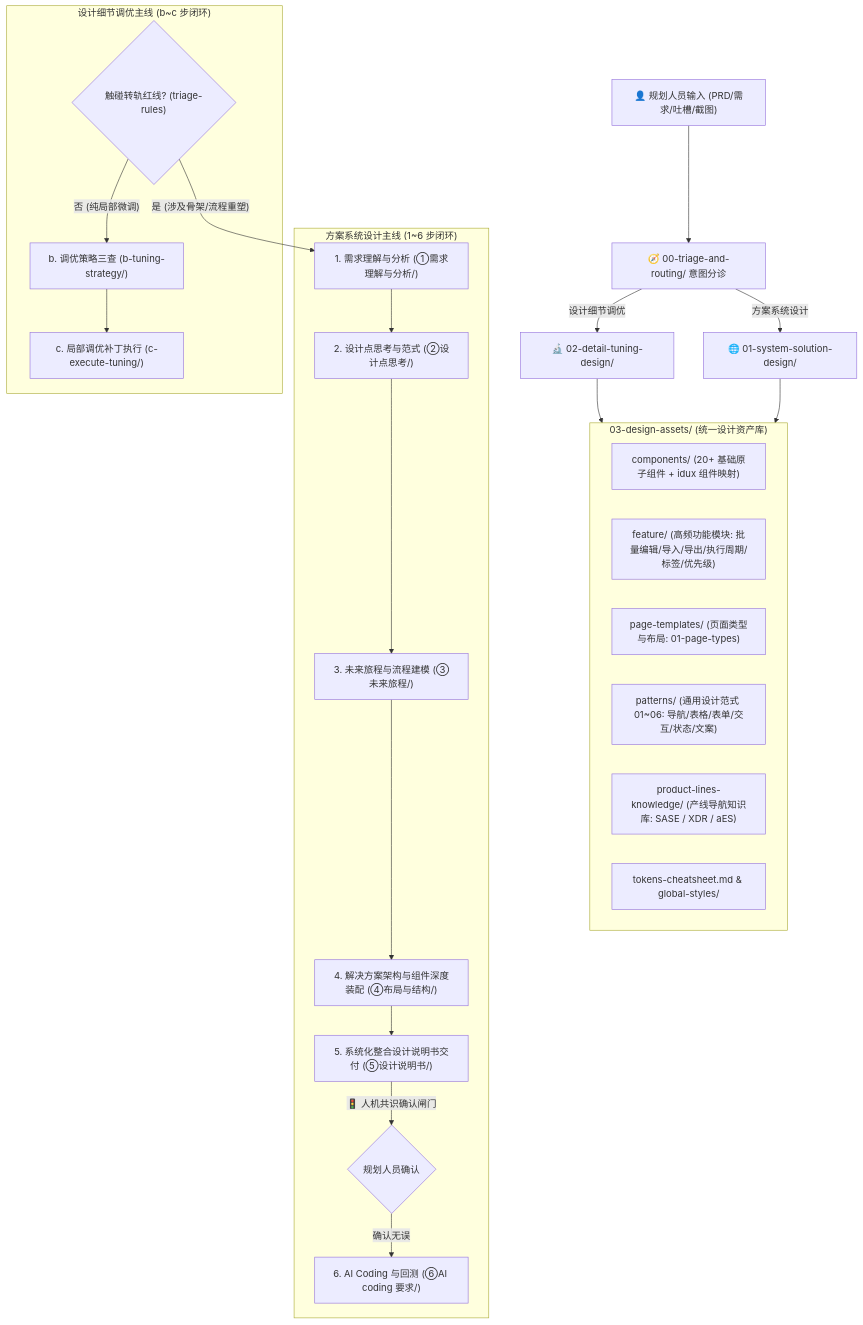
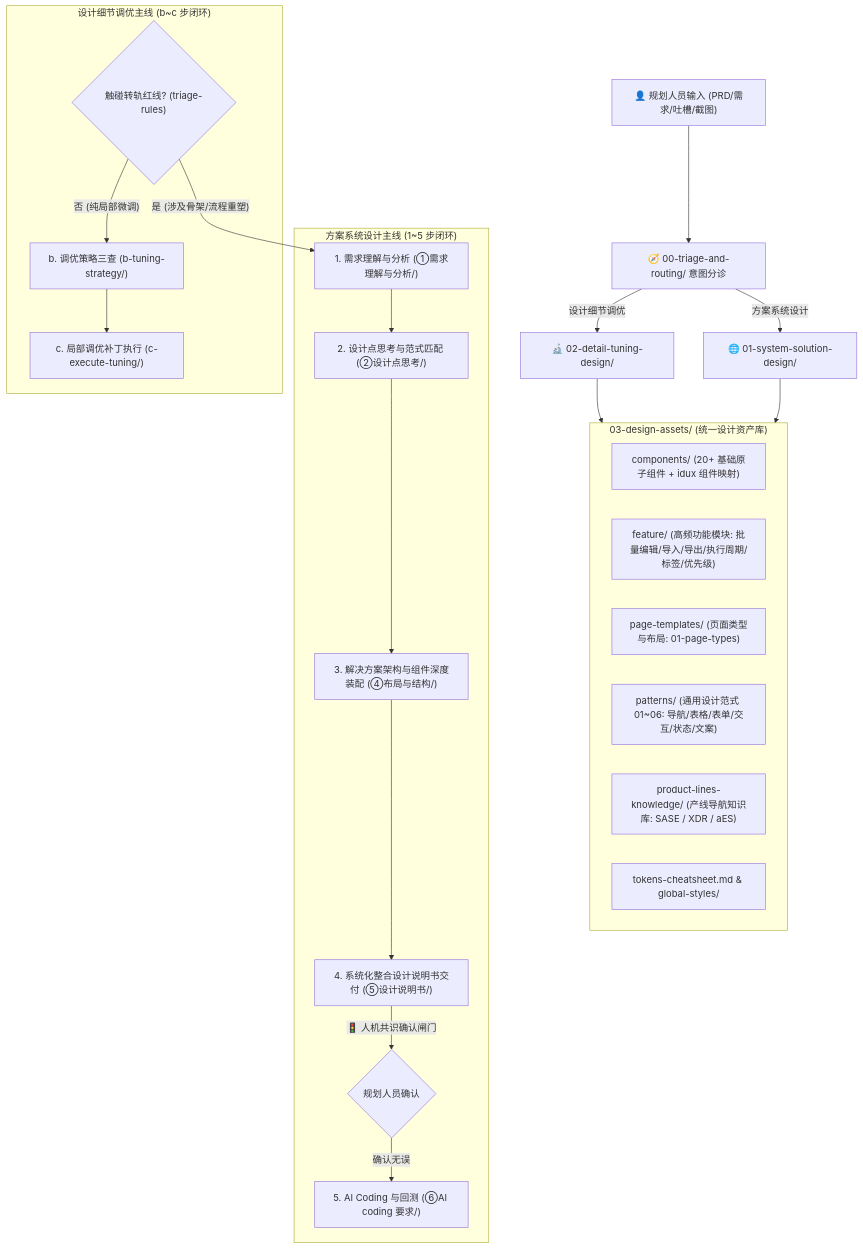
The diagram in SKILL.md (wangjue2026/skill-designer-prism), drawn with Mermaid before and after one commit. The commit also changed other lines of this file and 24 other files, not shown here.

````diff
--- a/SKILL.md
+++ b/SKILL.md
@@ -29,38 +29,37 @@
 ```mermaid
 graph TD
     User["👤 规划人员输入 (PRD/需求/吐槽/截图)"] --> Triage["🧭 00-triage-and-routing/ 意图分诊"]
     
     Triage -->|"方案系统设计"| Macro["🌐 01-system-solution-design/"]
     Triage -->|"设计细节调优"| Micro["🔬 02-detail-tuning-design/"]
     
-    subgraph MacroPath ["方案系统设计主线 (1~6 步闭环)"]
+    subgraph MacroPath ["方案系统设计主线 (1~5 步闭环)"]
         M1["1. 需求理解与分析 (①需求理解与分析/)"]
-        M2["2. 设计点思考与范式 (②设计点思考/)"]
-        M3["3. 未来旅程与流程建模 (③未来旅程/)"]
-        M4["4. 解决方案架构与组件深度装配 (④布局与结构/)"]
-        M5["5. 系统化整合设计说明书交付 (⑤设计说明书/)"]
-        M6["6. AI Coding 与回测 (⑥AI coding 要求/)"]
-        M1 --> M2 --> M3 --> M4 --> M5
-        M5 -->|"🚦 人机共识确认闸门"| Gate{"规划人员确认"}
-        Gate -->|"确认无误"| M6
+        M2["2. 设计点思考与范式匹配 (②设计点思考/)"]
+        M3["3. 解决方案架构与组件深度装配 (④布局与结构/)"]
+        M4["4. 系统化整合设计说明书交付 (⑤设计说明书/)"]
+        M5["5. AI Coding 与回测 (⑥AI coding 要求/)"]
+        M1 --> M2 --> M3 --> M4
+        M4 -->|"🚦 人机共识确认闸门"| Gate{"规划人员确认"}
+        Gate -->|"确认无误"| M5
     end
     
     subgraph MicroPath ["设计细节调优主线 (b~c 步闭环)"]
         Esc{"触碰转轨红线? (triage-rules)"}
         Esc -->|"是 (涉及骨架/流程重塑)"| M1
         Esc -->|"否 (纯局部微调)"| m2["b. 调优策略三查 (b-tuning-strategy/)"]
         m2 --> m3["c. 局部调优补丁执行 (c-execute-tuning/)"]
     end
     
     subgraph Assets ["03-design-assets/ (统一设计资产库)"]
         Comps["components/ (20+ 基础原子组件 + idux 组件映射)"]
         Feature["feature/ (高频功能模块: 批量编辑/导入/导出/执行周期/标签/优先级)"]
         Pages["page-templates/ (页面类型与布局: 01-page-types)"]
         Patterns["patterns/ (通用设计范式 01~06: 导航/表格/表单/交互/状态/文案)"]
         PKB["product-lines-knowledge/ (产线导航知识库: SASE / XDR / aES)"]
         Tokens["tokens-cheatsheet.md & global-styles/"]
     end
 
     Macro --> Assets
     Micro --> Assets
 ```
````
